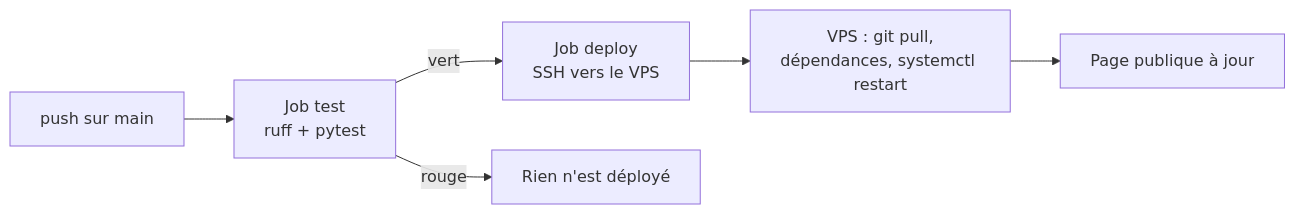
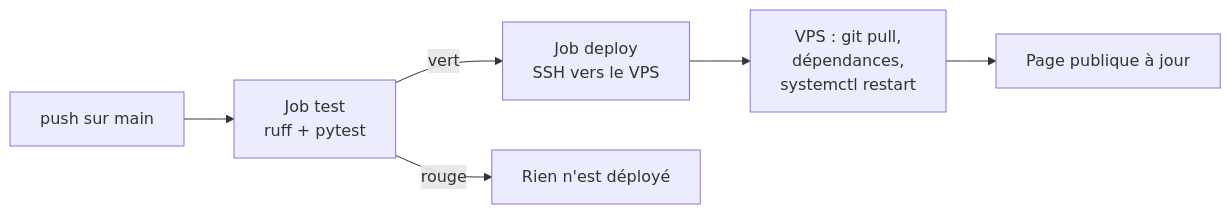
The seventh of 42 diagrams in tuto-goodvibe-vibecoding.md (lecinquiemejour-code/goodvibe-tuto), drawn with Mermaid before and after one commit. The commit also changed other lines of this file and 1 other file, not shown here.

First line of the commit message:
fix(tuto, readme): lignes des boîtes redécoupées dans tous les diagrammes, pour ne plus être coupées sur GitHub

````diff
--- a/tuto-goodvibe-vibecoding.md
+++ b/tuto-goodvibe-vibecoding.md
@@ -466,8 +466,8 @@
 ```mermaid
 flowchart LR
     P["push sur main"] --> T["Job test<br/>ruff + pytest"]
     T -- "vert" --> D["Job deploy<br/>SSH vers le VPS"]
     T -- "rouge" --> STOP["Rien n'est déployé"]
-    D --> V["VPS : git pull,<br/>dépendances, systemctl restart"]
+    D --> V["VPS : git pull,<br/>dépendances,<br/>systemctl restart"]
     V --> OK["Page publique à jour"]
 ```
````
